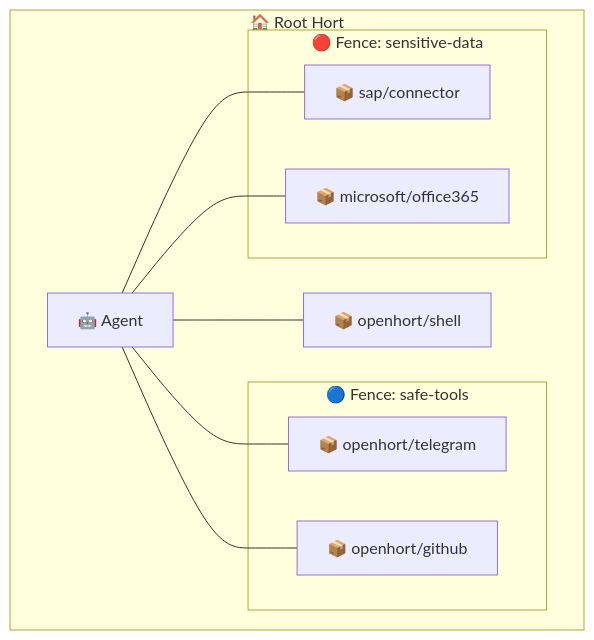
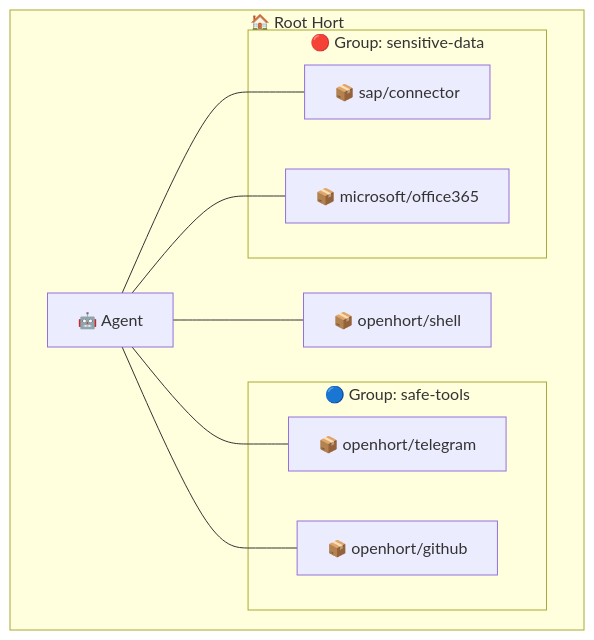
Before and after one commit to openhort/openhort: the eighth of 14 diagrams in docs/manual/internals/security/wiring-model.md, drawn with Mermaid. The commit also changed other lines of this file and 1 other file, not shown here.

````diff
--- a/docs/manual/internals/security/wiring-model.md
+++ b/docs/manual/internals/security/wiring-model.md
@@ -321,24 +301,24 @@
 ```mermaid
 graph TD
     subgraph main ["🏠 Root Hort"]
         AGENT["🤖 Agent"]
         
-        subgraph fence_safe ["🔵 Fence: safe-tools"]
+        subgraph g_safe ["🔵 Group: safe-tools"]
             TG["📦 openhort/telegram"]
             GH["📦 openhort/github"]
         end
         
-        subgraph fence_sensitive ["🔴 Fence: sensitive-data"]
+        subgraph g_sensitive ["🔴 Group: sensitive-data"]
             SAP["📦 sap/connector"]
             O365["📦 microsoft/office365"]
         end
         
         SH["📦 openhort/shell"]
         
         AGENT --- TG
         AGENT --- GH
         AGENT --- SH
         AGENT --- SAP
         AGENT --- O365
     end
 ```
````
